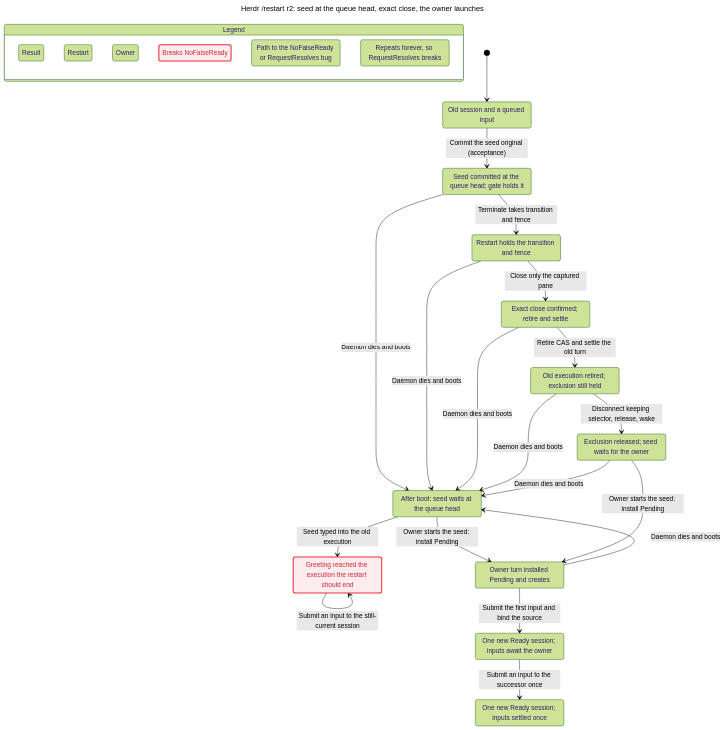
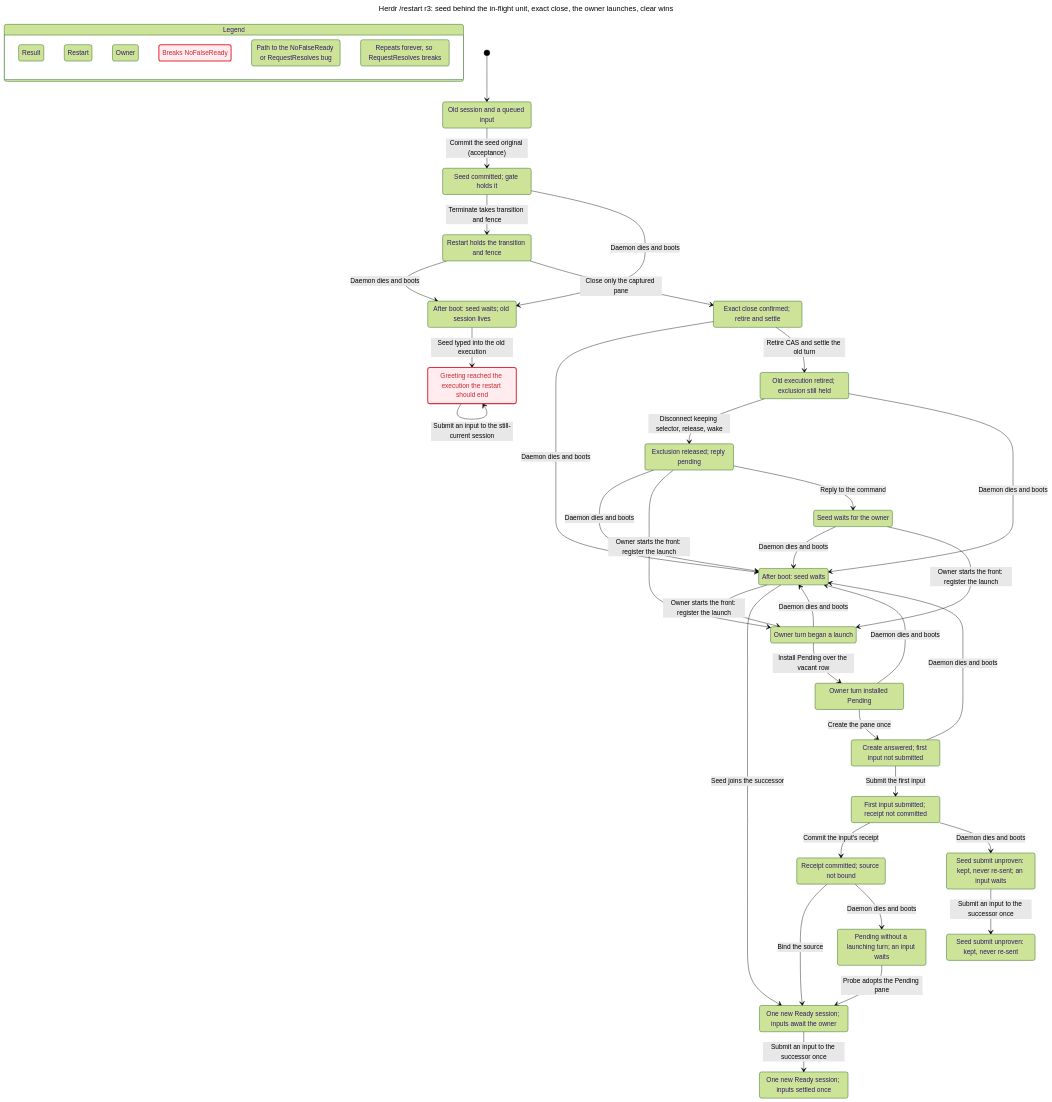
The diagram in docs/statecharts/session-lifecycle/herdr-restart-owner-NoPermit.chart.mmd (itismyfield/AgentDesk), drawn with Mermaid (forest theme) before and after one commit. The commit also changed 199 other files, not shown here.

First line of the commit message:
docs(herdr): restart design r3 — restart through a dispatch, clear wins, seedless restart

```diff
--- a/docs/statecharts/session-lifecycle/herdr-restart-owner-NoPermit.chart.mmd
+++ b/docs/statecharts/session-lifecycle/herdr-restart-owner-NoPermit.chart.mmd
@@ -1,65 +1,92 @@
 ---
-title: "Herdr /restart r2: seed at the queue head, exact close, the owner launches"
+title: "Herdr /restart r3: seed behind the in-flight unit, exact close, the owner launches, clear wins"
 ---
 stateDiagram-v2
   state "Legend" as legend {
     lg0: Result
     lg1: Restart
     lg2: Owner
     lg3: Breaks NoFalseReady
     lg4: Path to the NoFalseReady or RequestResolves bug
     lg5: Repeats forever, so RequestResolves breaks
   }
   class lg0 teal
   class lg1 blue
   class lg2 purple
   class lg3 breaks
   class lg4 bugPath
   class lg5 repeats
   s0: Old session and a queued input
-  s1: Seed committed at the queue head#59; gate holds it
+  s1: Seed committed#59; gate holds it
   s2: Restart holds the transition and fence
-  s3: After boot: seed waits at the queue head
+  s3: After boot: seed waits#59; old session lives
   s4: Greeting reached the execution the restart should end
   s5: Exact close confirmed#59; retire and settle
-  s6: Old execution retired#59; exclusion still held
-  s7: Exclusion released#59; seed waits for the owner
-  s8: Owner turn installed Pending and creates
-  s9: One new Ready session#59; inputs await the owner
-  s10: One new Ready session#59; inputs settled once
+  s6: After boot: seed waits
+  s7: Old execution retired#59; exclusion still held
+  s8: Exclusion released#59; reply pending
+  s9: Owner turn began a launch
+  s10: Seed waits for the owner
+  s11: Owner turn installed Pending
+  s12: Create answered#59; first input not submitted
+  s13: First input submitted#59; receipt not committed
+  s14: Receipt committed#59; source not bound
+  s15: Seed submit unproven: kept, never re-sent#59; an input waits
+  s16: One new Ready session#59; inputs await the owner
+  s17: Pending without a launching turn#59; an input waits
+  s18: One new Ready session#59; inputs settled once
+  s19: Seed submit unproven: kept, never re-sent
   [*] --> s0
   s0 --> s1: Commit the seed original (acceptance)
   s1 --> s2: Terminate takes transition and fence
   s1 --> s3: Daemon dies and boots
   s2 --> s3: Daemon dies and boots
   s2 --> s5: Close only the captured pane
   s3 --> s4: Seed typed into the old execution
   s4 --> s4: Submit an input to the still-current session
-  s5 --> s3: Daemon dies and boots
-  s5 --> s6: Retire CAS and settle the old turn
-  s6 --> s3: Daemon dies and boots
-  s6 --> s7: Disconnect keeping selector, release, wake
-  s3 --> s8: Owner starts the seed: install Pending
-  s7 --> s3: Daemon dies and boots
-  s7 --> s8: Owner starts the seed: install Pending
-  s8 --> s3: Daemon dies and boots
-  s8 --> s9: Submit the first input and bind the source
-  s9 --> s10: Submit an input to the successor once
+  s5 --> s6: Daemon dies and boots
+  s5 --> s7: Retire CAS and settle the old turn
+  s7 --> s8: Disconnect keeping selector, release, wake
+  s7 --> s6: Daemon dies and boots
+  s8 --> s6: Daemon dies and boots
+  s8 --> s9: Owner starts the front: register the launch
+  s8 --> s10: Reply to the command
+  s6 --> s9: Owner starts the front: register the launch
+  s9 --> s6: Daemon dies and boots
+  s9 --> s11: Install Pending over the vacant row
+  s10 --> s6: Daemon dies and boots
+  s10 --> s9: Owner starts the front: register the launch
+  s11 --> s6: Daemon dies and boots
+  s11 --> s12: Create the pane once
+  s12 --> s13: Submit the first input
+  s12 --> s6: Daemon dies and boots
+  s13 --> s14: Commit the input's receipt
+  s13 --> s15: Daemon dies and boots
+  s14 --> s16: Bind the source
+  s14 --> s17: Daemon dies and boots
+  s6 --> s16: Seed joins the successor
+  s16 --> s18: Submit an input to the successor once
+  s17 --> s16: Probe adopts the Pending pane
+  s15 --> s19: Submit an input to the successor once
   classDef breaks fill:#ffecee,stroke:#e72e3b,stroke-width:2.5px,color:#cd2834
   class s0 blue
   class s0 bugPath
   class s1 blue
   class s1 bugPath
   class s2 blue
   class s3 purple
   class s3 bugPath
   class s4 purple
   class s4 breaks
   class s4 bugPath
   class s4 repeats
   class s5 blue
-  class s6 blue
-  class s7 purple
-  class s8 purple
-  class s9 teal
-  class s10 teal
+  class s6 purple
+  class s7 blue
+  class s8 blue
+  class s10 purple
+  class s15 teal
+  class s16 teal
+  class s17 purple
+  class s18 teal
+  class s19 teal
```
